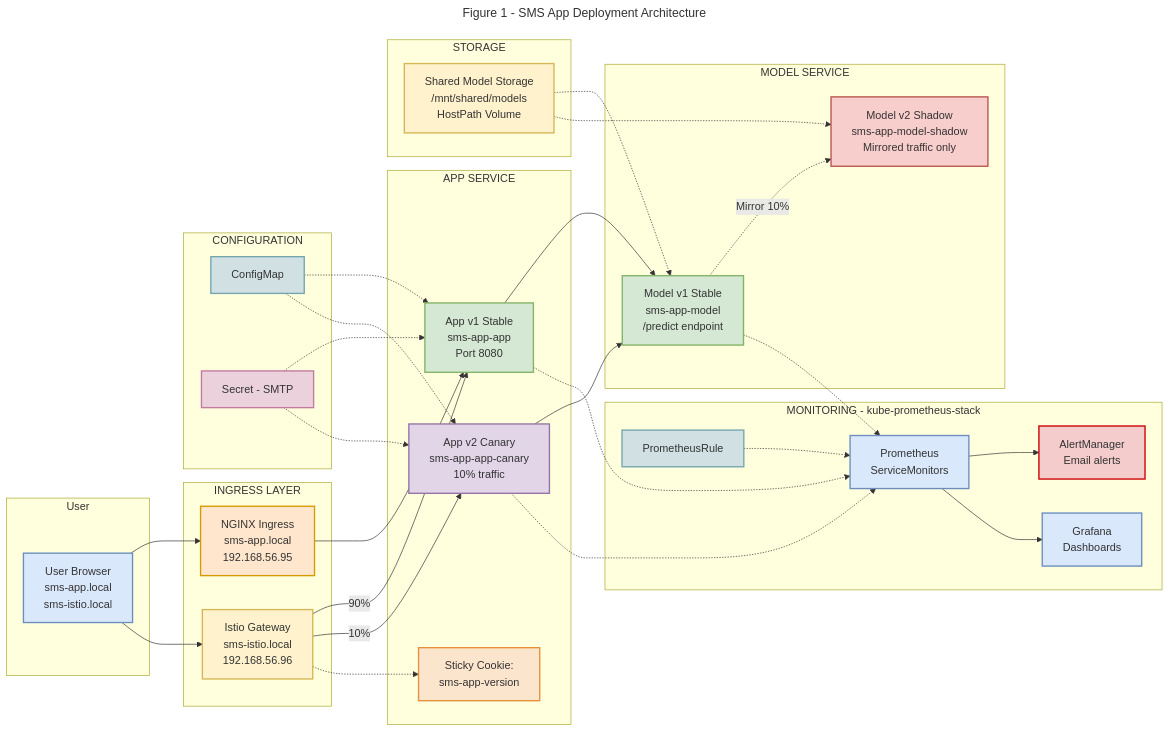
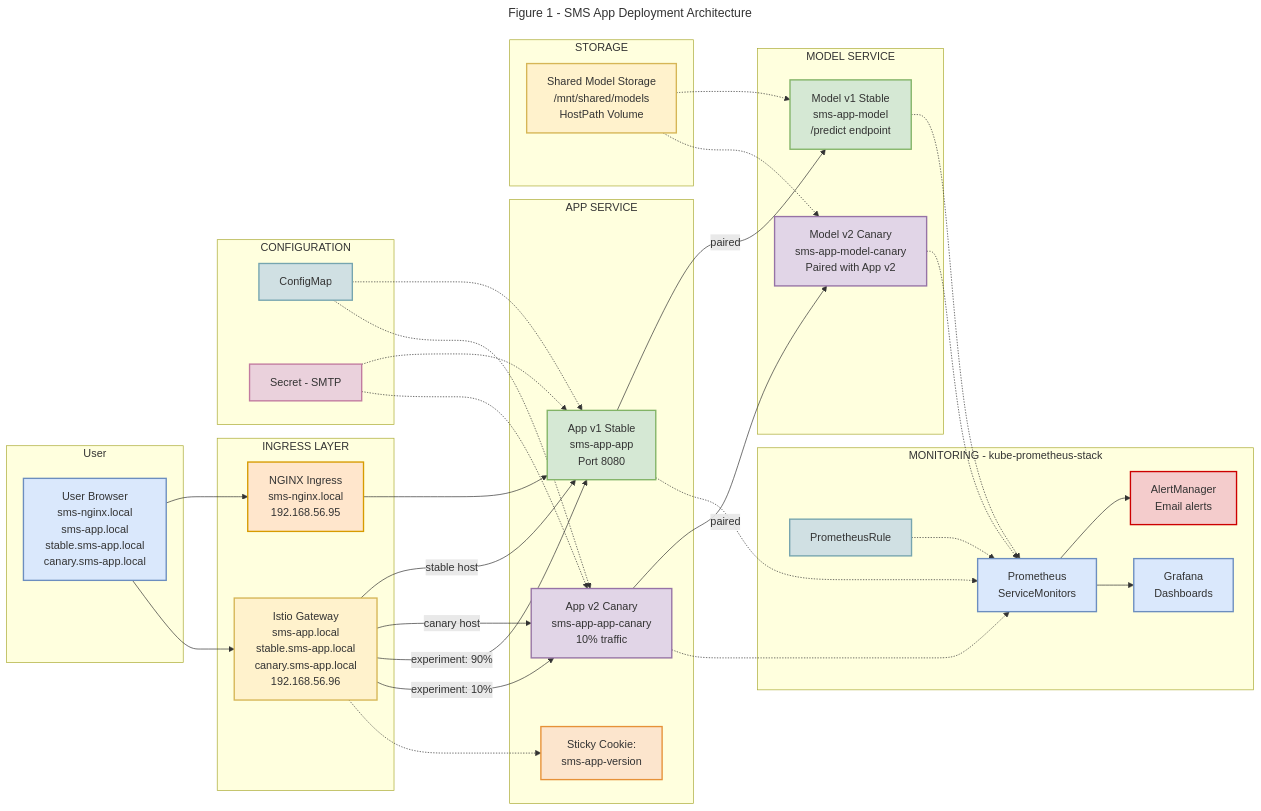
One commit to doda2025-team17/operation changed the first of 4 diagrams in docs/deployment.md. Above: the diagram before and after it, drawn with Mermaid. The commit also changed other lines of this file and 4 other files, not shown here.

```diff
--- a/docs/deployment.md
+++ b/docs/deployment.md
@@ -90,12 +99,12 @@
 ---
 flowchart LR
     subgraph User["User"]
-        Browser["User Browser<br/>sms-app.local<br/>sms-istio.local"]
+        Browser["User Browser<br/>sms-nginx.local<br/>sms-app.local<br/>stable.sms-app.local<br/>canary.sms-app.local"]
     end
 
     subgraph Ingress["INGRESS LAYER"]
-        NGINX["NGINX Ingress<br/>sms-app.local<br/>192.168.56.95"]
-        Istio["Istio Gateway<br/>sms-istio.local<br/>192.168.56.96"]
+        NGINX["NGINX Ingress<br/>sms-nginx.local<br/>192.168.56.95"]
+        Istio["Istio Gateway<br/>sms-app.local<br/>stable.sms-app.local<br/>canary.sms-app.local<br/>192.168.56.96"]
     end
 
     subgraph AppService["APP SERVICE"]
@@ -106,7 +115,7 @@
 
     subgraph ModelService["MODEL SERVICE"]
         ModelV1["Model v1 Stable<br/>sms-app-model<br/>/predict endpoint"]
-        ModelV2["Model v2 Shadow<br/>sms-app-model-shadow<br/>Mirrored traffic only"]
+        ModelV2["Model v2 Canary<br/>sms-app-model-canary<br/>Paired with App v2"]
     end
 
     subgraph Config["CONFIGURATION"]
@@ -129,12 +138,13 @@
     Browser --> NGINX
     Browser --> Istio
     NGINX --> AppV1
-    Istio -->|"90%"| AppV1
-    Istio -->|"10%"| AppV2
+    Istio -->|"stable host"| AppV1
+    Istio -->|"canary host"| AppV2
+    Istio -->|"experiment: 90%"| AppV1
+    Istio -->|"experiment: 10%"| AppV2
     Istio -.-> Sticky
-    AppV1 --> ModelV1
-    AppV2 --> ModelV1
-    ModelV1 -.->|"Mirror 10%"| ModelV2
+    AppV1 -->|"paired"| ModelV1
+    AppV2 -->|"paired"| ModelV2
 
     %% Config flows
     ConfigMap -.-> AppV1
@@ -146,6 +156,7 @@
     AppV1 -.-> Prometheus
     AppV2 -.-> Prometheus
     ModelV1 -.-> Prometheus
+    ModelV2 -.-> Prometheus
     Prometheus --> AlertManager
     Prometheus --> Grafana
     PromRule -.-> Prometheus
@@ -154,10 +165,8 @@
     SharedStorage -.-> ModelV1
     SharedStorage -.-> ModelV2
 
-    %% Styling
     classDef stable fill:#d5e8d4,stroke:#82b366,stroke-width:2px
     classDef canary fill:#e1d5e7,stroke:#9673a6,stroke-width:2px
-    classDef shadow fill:#f8cecc,stroke:#b85450,stroke-width:2px
     classDef ingress fill:#ffe6cc,stroke:#d79b00,stroke-width:2px
     classDef istioGw fill:#fff2cc,stroke:#d6b656,stroke-width:2px
     classDef monitoring fill:#dae8fc,stroke:#6c8ebf,stroke-width:2px
@@ -171,11 +180,9 @@
     class Browser user
     class NGINX ingress
     class Istio istioGw
-    class AppV1 stable
-    class AppV2 canary
+    class AppV1,ModelV1 stable
+    class AppV2,ModelV2 canary
     class Sticky sticky
-    class ModelV1 stable
-    class ModelV2 shadow
     class ConfigMap config
     class Secret secret
     class Prometheus,Grafana monitoring
```
